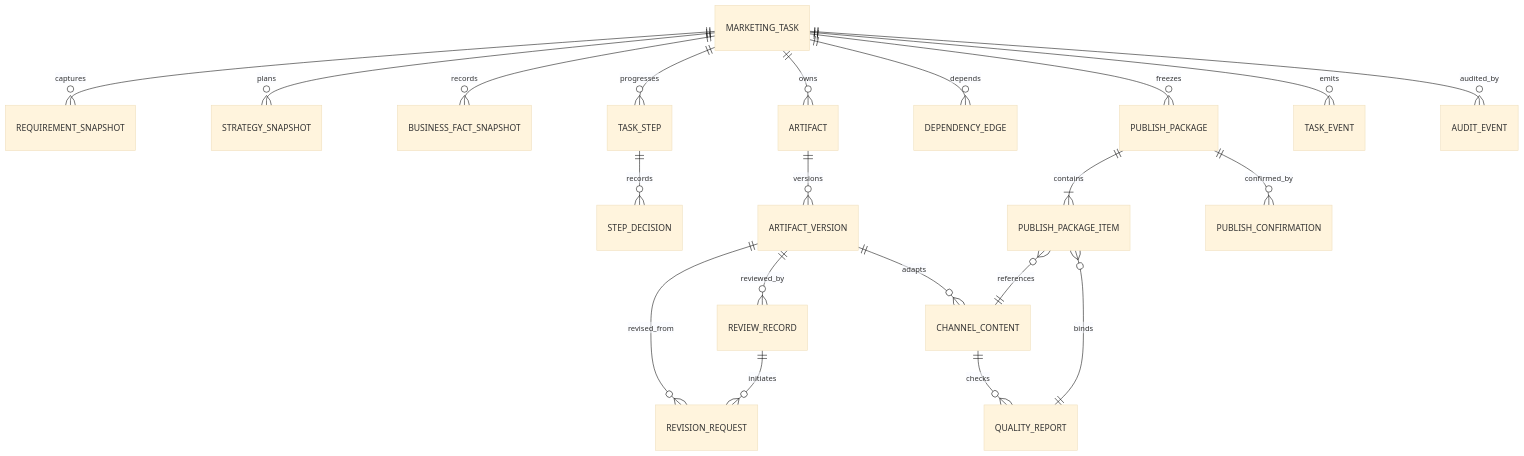
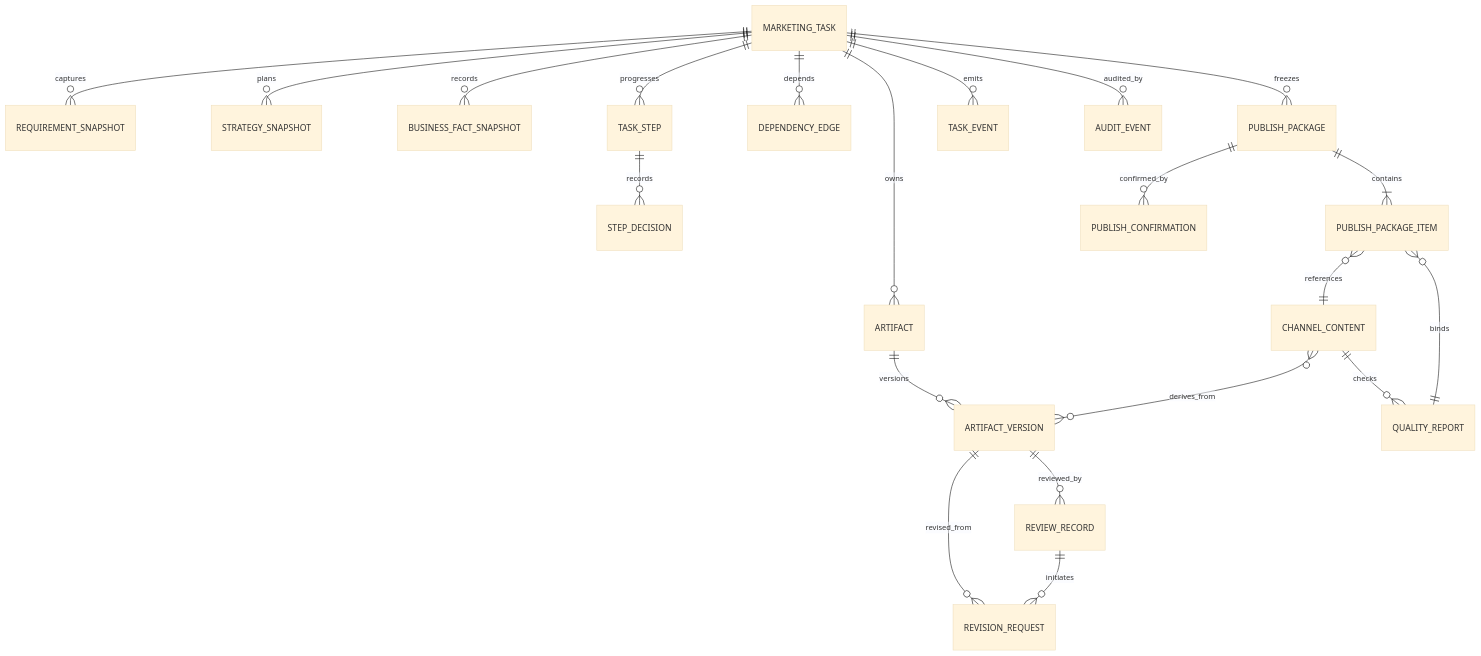
The diagram in docs/MARKETING_TASK_DOMAIN_DESIGN.md (dujiu1024-dotcom/Smart-Marketing), drawn with Mermaid (base theme) before and after one commit.

Commit message:
docs: clarify channel content dependency cardinality

````diff
--- a/docs/MARKETING_TASK_DOMAIN_DESIGN.md
+++ b/docs/MARKETING_TASK_DOMAIN_DESIGN.md
@@ -489,23 +489,23 @@
 ```mermaid
 erDiagram
     MARKETING_TASK ||--o{ REQUIREMENT_SNAPSHOT : captures
     MARKETING_TASK ||--o{ STRATEGY_SNAPSHOT : plans
     MARKETING_TASK ||--o{ BUSINESS_FACT_SNAPSHOT : records
     MARKETING_TASK ||--o{ TASK_STEP : progresses
     TASK_STEP ||--o{ STEP_DECISION : records
     MARKETING_TASK ||--o{ ARTIFACT : owns
     ARTIFACT ||--o{ ARTIFACT_VERSION : versions
     ARTIFACT_VERSION ||--o{ REVIEW_RECORD : reviewed_by
     ARTIFACT_VERSION ||--o{ REVISION_REQUEST : revised_from
     REVIEW_RECORD ||--o{ REVISION_REQUEST : initiates
-    ARTIFACT_VERSION ||--o{ CHANNEL_CONTENT : adapts
+    CHANNEL_CONTENT }o--o{ ARTIFACT_VERSION : derives_from
     CHANNEL_CONTENT ||--o{ QUALITY_REPORT : checks
     MARKETING_TASK ||--o{ DEPENDENCY_EDGE : depends
     MARKETING_TASK ||--o{ PUBLISH_PACKAGE : freezes
     PUBLISH_PACKAGE ||--|{ PUBLISH_PACKAGE_ITEM : contains
     PUBLISH_PACKAGE_ITEM }o--|| CHANNEL_CONTENT : references
     PUBLISH_PACKAGE_ITEM }o--|| QUALITY_REPORT : binds
     PUBLISH_PACKAGE ||--o{ PUBLISH_CONFIRMATION : confirmed_by
     MARKETING_TASK ||--o{ TASK_EVENT : emits
     MARKETING_TASK ||--o{ AUDIT_EVENT : audited_by
 ```
````
